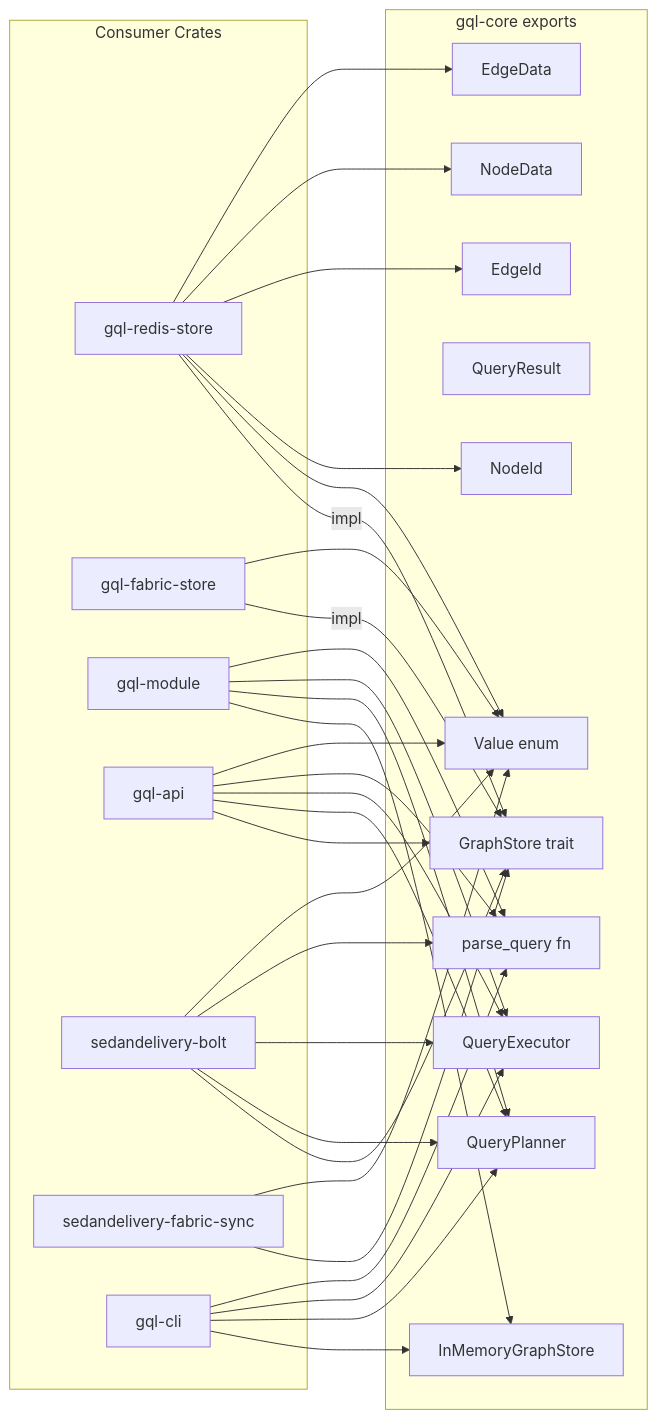
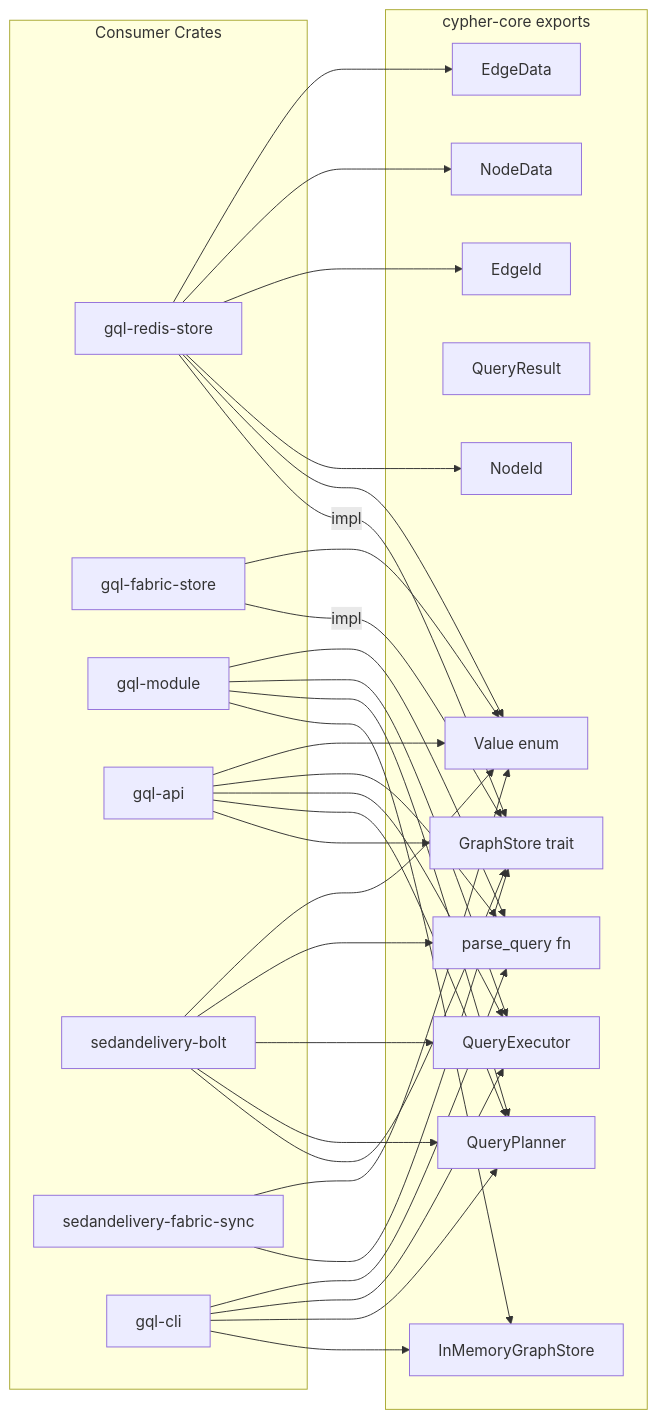
Before and after one commit to rysweet/SedanDelivery: the diagram in docs/atlas/ast-lsp-bindings/symbol-references.mmd, drawn with Mermaid. The commit also changed 488 other files, not shown here.

First line of the commit message:
feat(cypher-core): architecture cleanup + PersistentGraphStore (#1093)

```diff
--- a/docs/atlas/ast-lsp-bindings/symbol-references.mmd
+++ b/docs/atlas/ast-lsp-bindings/symbol-references.mmd
@@ -1,59 +1,59 @@
 graph LR
-    subgraph gql_core_exports["gql-core exports"]
+    subgraph cypher_core_exports["cypher-core exports"]
         GraphStore["GraphStore trait"]
         InMemoryGraphStore["InMemoryGraphStore"]
         Value["Value enum"]
         QueryResult_t["QueryResult"]
         QueryPlanner_t["QueryPlanner"]
         QueryExecutor_t["QueryExecutor"]
         parse_query["parse_query fn"]
         NodeId_t["NodeId"]
         EdgeId_t["EdgeId"]
         NodeData_t["NodeData"]
         EdgeData_t["EdgeData"]
     end
 
     subgraph consumers["Consumer Crates"]
         redis_store["gql-redis-store"]
         fabric_store["gql-fabric-store"]
         module["gql-module"]
         api["gql-api"]
         bolt["sedandelivery-bolt"]
         sync["sedandelivery-fabric-sync"]
         cli["gql-cli"]
     end
 
     redis_store -->|"impl"| GraphStore
     redis_store --> Value
     redis_store --> NodeId_t
     redis_store --> EdgeId_t
     redis_store --> NodeData_t
     redis_store --> EdgeData_t
 
     fabric_store -->|"impl"| GraphStore
     fabric_store --> Value
 
     module --> InMemoryGraphStore
     module --> QueryPlanner_t
     module --> QueryExecutor_t
     module --> parse_query
 
     api --> GraphStore
     api --> QueryPlanner_t
     api --> QueryExecutor_t
     api --> parse_query
     api --> Value
 
     bolt --> GraphStore
     bolt --> QueryPlanner_t
     bolt --> QueryExecutor_t
     bolt --> parse_query
     bolt --> Value
 
     sync --> GraphStore
     sync --> Value
 
     cli --> InMemoryGraphStore
     cli --> QueryPlanner_t
     cli --> QueryExecutor_t
     cli --> parse_query
```
